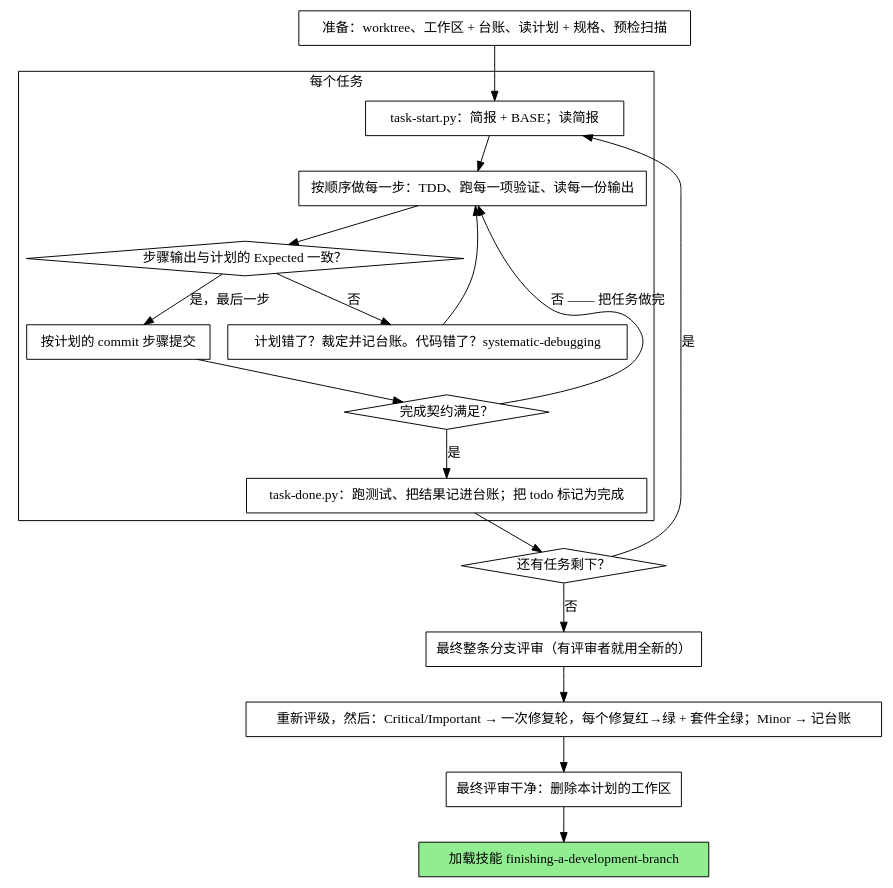
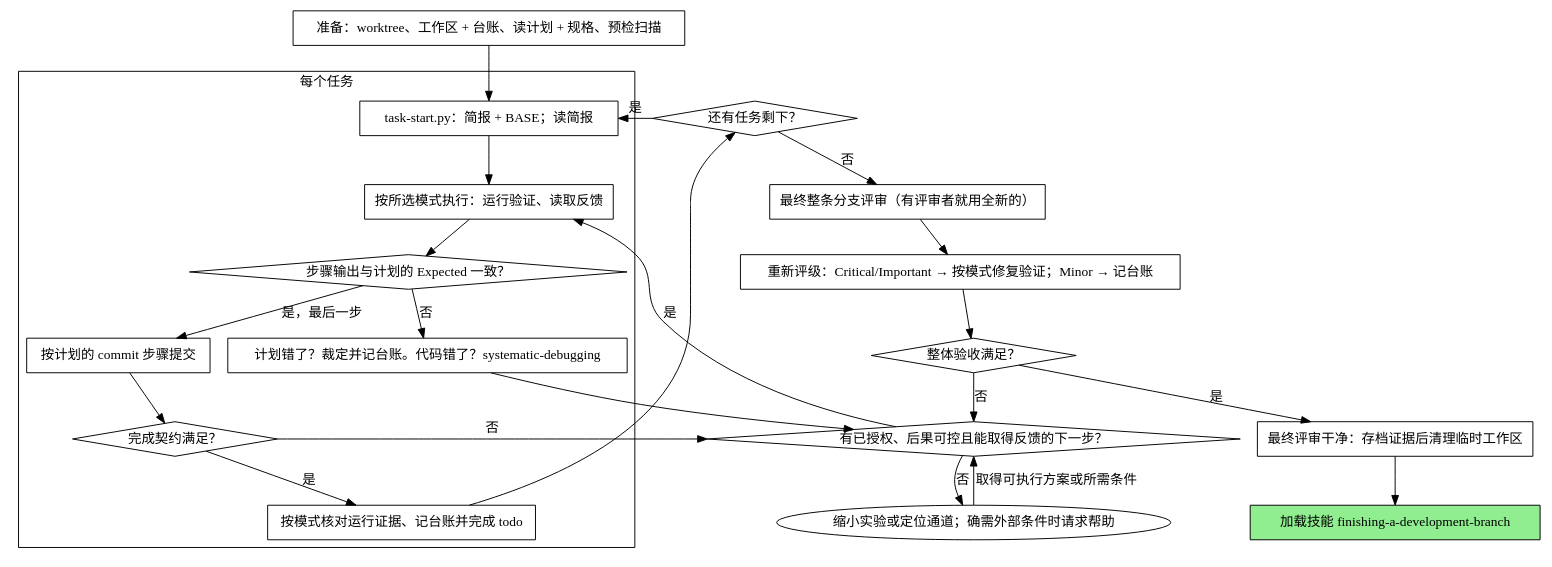
The diagram in skills/executing-plans/SKILL.md (QuanhuZeYu/dsh-superpower), drawn with Graphviz before and after one commit. The commit also changed other lines of this file and 122 other files, not shown here.

````diff
--- a/skills/executing-plans/SKILL.md
+++ b/skills/executing-plans/SKILL.md
@@ -51,39 +44,46 @@
 ```dot
 digraph process {
     rankdir=TB;
 
     subgraph cluster_per_task {
         label="每个任务";
         "task-start.py：简报 + BASE；读简报" [shape=box];
-        "按顺序做每一步：TDD、跑每一项验证、读每一份输出" [shape=box];
+        "按所选模式执行：运行验证、读取反馈" [shape=box];
         "步骤输出与计划的 Expected 一致？" [shape=diamond];
         "计划错了？裁定并记台账。代码错了？systematic-debugging" [shape=box];
         "按计划的 commit 步骤提交" [shape=box];
         "完成契约满足？" [shape=diamond];
-        "task-done.py：跑测试、把结果记进台账；把 todo 标记为完成" [shape=box];
+        "按模式核对运行证据、记台账并完成 todo" [shape=box];
     }
 
     "准备：worktree、工作区 + 台账、读计划 + 规格、预检扫描" [shape=box];
     "还有任务剩下？" [shape=diamond];
     "最终整条分支评审（有评审者就用全新的）" [shape=box];
-    "重新评级，然后：Critical/Important → 一次修复轮，每个修复红→绿 + 套件全绿；Minor → 记台账" [shape=box];
-    "最终评审干净：删除本计划的工作区" [shape=box];
+    "重新评级：Critical/Important → 按模式修复验证；Minor → 记台账" [shape=box];
+    "最终评审干净：存档证据后清理临时工作区" [shape=box];
     "加载技能 finishing-a-development-branch" [shape=box style=filled fillcolor=lightgreen];
 
     "准备：worktree、工作区 + 台账、读计划 + 规格、预检扫描" -> "task-start.py：简报 + BASE；读简报";
-    "task-start.py：简报 + BASE；读简报" -> "按顺序做每一步：TDD、跑每一项验证、读每一份输出";
-    "按顺序做每一步：TDD、跑每一项验证、读每一份输出" -> "步骤输出与计划的 Expected 一致？";
+    "task-start.py：简报 + BASE；读简报" -> "按所选模式执行：运行验证、读取反馈";
+    "按所选模式执行：运行验证、读取反馈" -> "步骤输出与计划的 Expected 一致？";
     "步骤输出与计划的 Expected 一致？" -> "计划错了？裁定并记台账。代码错了？systematic-debugging" [label="否"];
-    "计划错了？裁定并记台账。代码错了？systematic-debugging" -> "按顺序做每一步：TDD、跑每一项验证、读每一份输出";
+    "计划错了？裁定并记台账。代码错了？systematic-debugging" -> "有已授权、后果可控且能取得反馈的下一步？";
     "步骤输出与计划的 Expected 一致？" -> "按计划的 commit 步骤提交" [label="是，最后一步"];
     "按计划的 commit 步骤提交" -> "完成契约满足？";
-    "完成契约满足？" -> "按顺序做每一步：TDD、跑每一项验证、读每一份输出" [label="否 —— 把任务做完"];
-    "完成契约满足？" -> "task-done.py：跑测试、把结果记进台账；把 todo 标记为完成" [label="是"];
-    "task-done.py：跑测试、把结果记进台账；把 todo 标记为完成" -> "还有任务剩下？";
+    "完成契约满足？" -> "有已授权、后果可控且能取得反馈的下一步？" [label="否"];
+    "有已授权、后果可控且能取得反馈的下一步？" [shape=diamond];
+    "缩小实验或定位通道；确需外部条件时请求帮助" -> "有已授权、后果可控且能取得反馈的下一步？" [label="取得可执行方案或所需条件"];
+    "有已授权、后果可控且能取得反馈的下一步？" -> "按所选模式执行：运行验证、读取反馈" [label="是"];
+    "有已授权、后果可控且能取得反馈的下一步？" -> "缩小实验或定位通道；确需外部条件时请求帮助" [label="否"];
+    "完成契约满足？" -> "按模式核对运行证据、记台账并完成 todo" [label="是"];
+    "按模式核对运行证据、记台账并完成 todo" -> "还有任务剩下？";
     "还有任务剩下？" -> "task-start.py：简报 + BASE；读简报" [label="是"];
     "还有任务剩下？" -> "最终整条分支评审（有评审者就用全新的）" [label="否"];
-    "最终整条分支评审（有评审者就用全新的）" -> "重新评级，然后：Critical/Important → 一次修复轮，每个修复红→绿 + 套件全绿；Minor → 记台账";
-    "重新评级，然后：Critical/Important → 一次修复轮，每个修复红→绿 + 套件全绿；Minor → 记台账" -> "最终评审干净：删除本计划的工作区";
-    "最终评审干净：删除本计划的工作区" -> "加载技能 finishing-a-development-branch";
+    "最终整条分支评审（有评审者就用全新的）" -> "重新评级：Critical/Important → 按模式修复验证；Minor → 记台账";
+    "重新评级：Critical/Important → 按模式修复验证；Minor → 记台账" -> "整体验收满足？";
+    "整体验收满足？" [shape=diamond];
+    "整体验收满足？" -> "最终评审干净：存档证据后清理临时工作区" [label="是"];
+    "整体验收满足？" -> "有已授权、后果可控且能取得反馈的下一步？" [label="否"];
+    "最终评审干净：存档证据后清理临时工作区" -> "加载技能 finishing-a-development-branch";
 }
 ```
````
